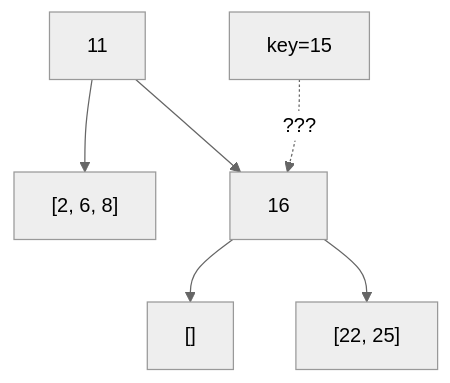
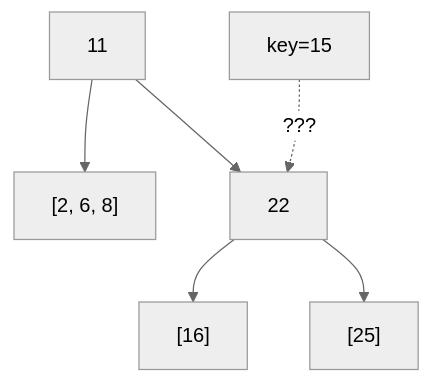
Before and after one commit to ale66/learn-coding: the third of 4 diagrams in 66-search/search.qmd, drawn with Mermaid (neutral theme). The commit also changed 10 other files, not shown here.

````diff
--- a/66-search/search.qmd
+++ b/66-search/search.qmd
@@ -228,7 +228,7 @@
 ```{mermaid}
 %%| echo: false
 flowchart TD
   B[11] --> C["[2, 6, 8]"] & D[16]
-  A[key=15] -. ??? .-> D[16]
-  D --> E["[]"] & F["[22, 25]"]
+  A[key=15] -. ??? .-> D[22]
+  D --> E["[16]"] & F["[25]"]
 ```
````
